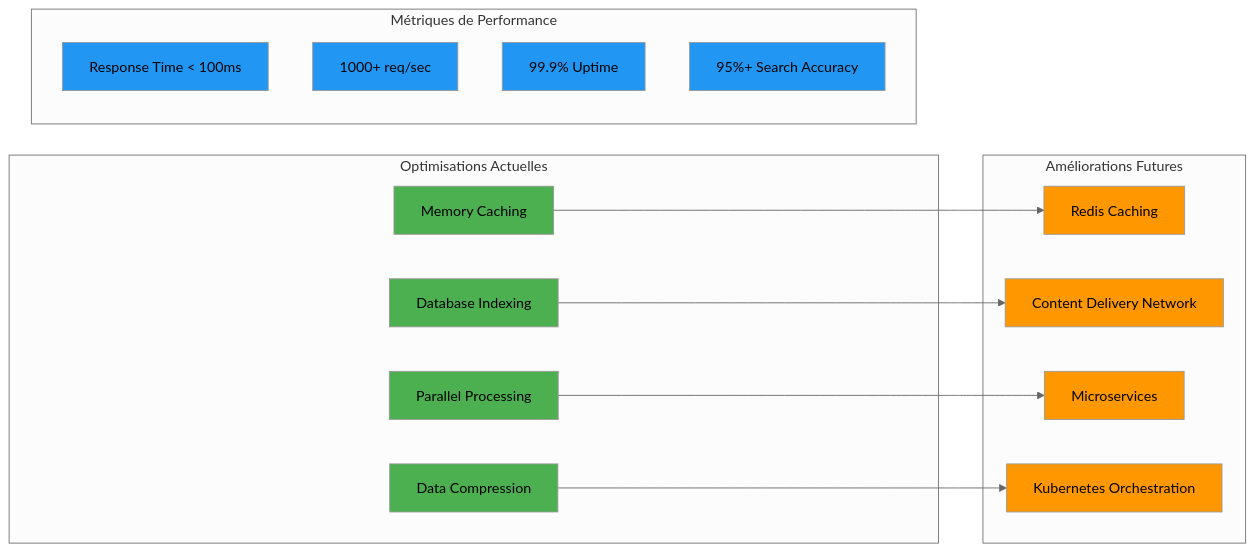
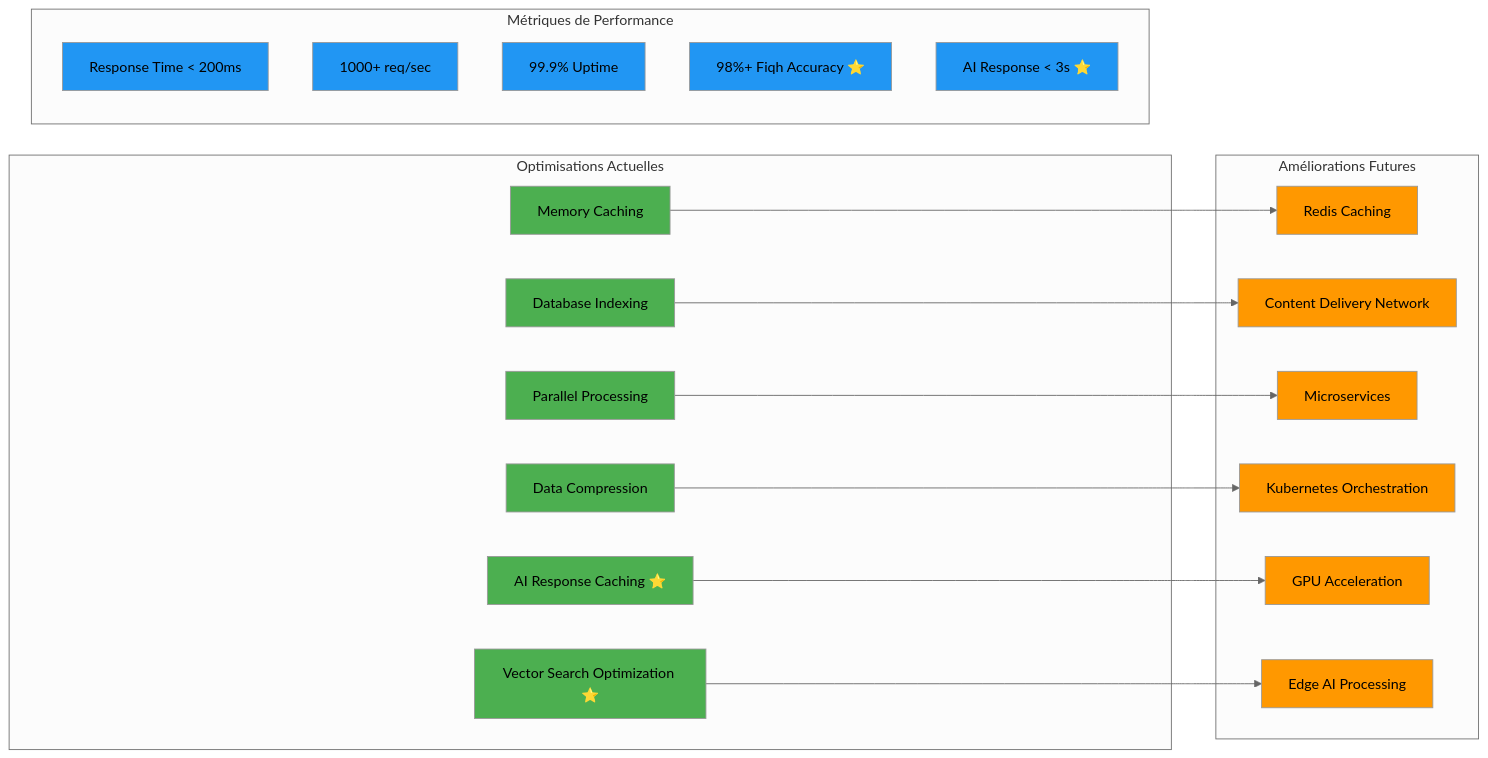
One commit to arhadnane/Muwasala-Islamic-Knowledge-Network changed diagram 13 of 19 in docs/architecture-mermaid.md. Above: the diagram before and after it, drawn with Mermaid (neutral theme). The commit also changed other lines of this file and 5 other files, not shown here.

````diff
--- a/docs/architecture-mermaid.md
+++ b/docs/architecture-mermaid.md
@@ -339,37 +736,44 @@
 ```mermaid
 graph LR
     subgraph "Optimisations Actuelles"
         CACHE[Memory Caching]
         INDEX[Database Indexing]
         PARALLEL[Parallel Processing]
         COMPRESS[Data Compression]
+        AI_CACHE[AI Response Caching ⭐]
+        VECTOR_OPT[Vector Search Optimization ⭐]
     end
 
     subgraph "Améliorations Futures"
         REDIS[Redis Caching]
         CDN[Content Delivery Network]
         MICROSERVICES[Microservices]
         KUBERNETES[Kubernetes Orchestration]
+        GPU_ACCEL[GPU Acceleration]
+        EDGE_AI[Edge AI Processing]
     end
 
     subgraph "Métriques de Performance"
-        RESPONSE[Response Time < 100ms]
+        RESPONSE[Response Time < 200ms]
         THROUGHPUT[1000+ req/sec]
         AVAILABILITY[99.9% Uptime]
-        ACCURACY[95%+ Search Accuracy]
+        ACCURACY[98%+ Fiqh Accuracy ⭐]
+        AI_LATENCY[AI Response < 3s ⭐]
     end
 
     CACHE --> REDIS
     INDEX --> CDN
     PARALLEL --> MICROSERVICES
     COMPRESS --> KUBERNETES
+    AI_CACHE --> GPU_ACCEL
+    VECTOR_OPT --> EDGE_AI
 
     %% Styling
     classDef current fill:#4caf50
     classDef future fill:#ff9800
     classDef metrics fill:#2196f3
     
-    class CACHE,INDEX,PARALLEL,COMPRESS current
-    class REDIS,CDN,MICROSERVICES,KUBERNETES future
-    class RESPONSE,THROUGHPUT,AVAILABILITY,ACCURACY metrics
+    class CACHE,INDEX,PARALLEL,COMPRESS,AI_CACHE,VECTOR_OPT current
+    class REDIS,CDN,MICROSERVICES,KUBERNETES,GPU_ACCEL,EDGE_AI future
+    class RESPONSE,THROUGHPUT,AVAILABILITY,ACCURACY,AI_LATENCY metrics
 ```
````
